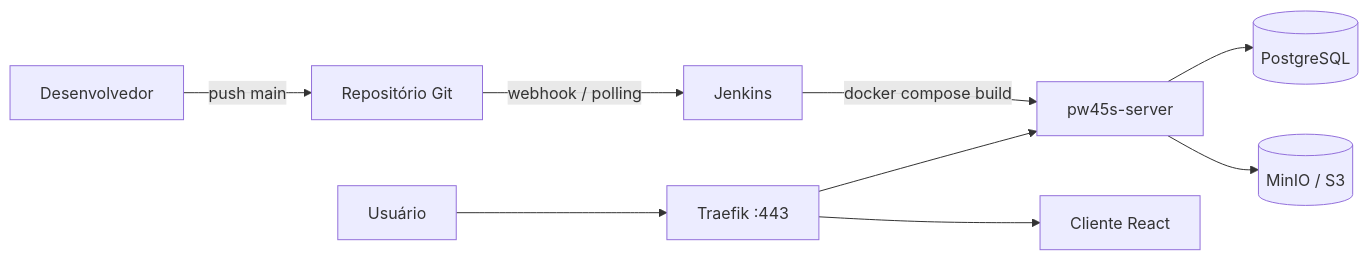
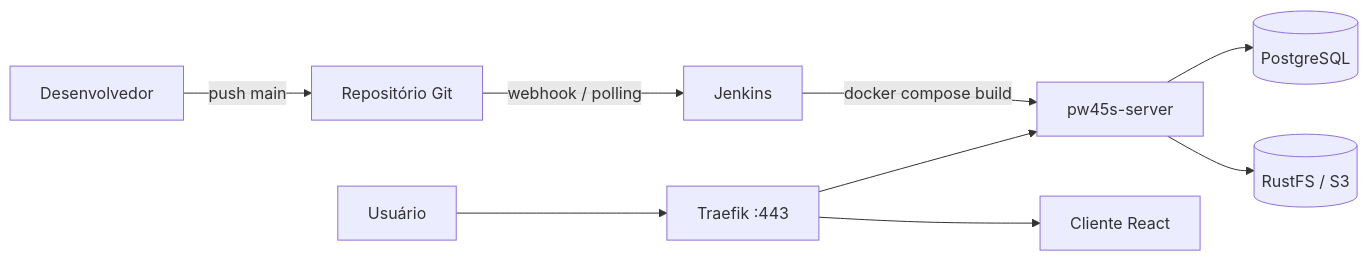
One commit to viniciuspegorini/pw45s changed the diagram in aula11/server/README.md. Above: the diagram before and after it, drawn with Mermaid. The commit also changed other lines of this file and 11 other files, not shown here.

````diff
--- a/aula11/server/README.md
+++ b/aula11/server/README.md
@@ -11,11 +11,11 @@
 ```mermaid
 flowchart LR
   Dev[Desenvolvedor] -->|push main| Git[Repositório Git]
   Git -->|webhook / polling| Jenkins[Jenkins]
   Jenkins -->|docker compose build| API[pw45s-server]
   API --> DB[(PostgreSQL)]
-  API --> S3[(MinIO / S3)]
+  API --> S3[(RustFS / S3)]
   User[Usuário] --> Traefik[Traefik :443]
   Traefik --> API
   Traefik --> Client[Cliente React]
 ```
````
